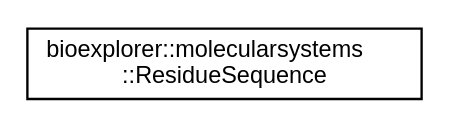
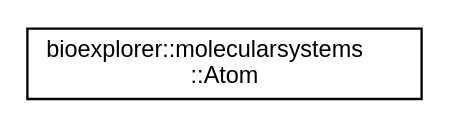
Before and after one commit to BlueBrain/BioExplorer: the diagram in docs/inherit_graph_85.dot, drawn with Graphviz. The commit also changed 1598 other files, not shown here.

```diff
--- a/docs/inherit_graph_85.dot
+++ b/docs/inherit_graph_85.dot
@@ -1,8 +1,8 @@
 digraph "Graphical Class Hierarchy"
 {
  // LATEX_PDF_SIZE
   edge [fontname="Helvetica",fontsize="10",labelfontname="Helvetica",labelfontsize="10"];
   node [fontname="Helvetica",fontsize="10",shape=record];
   rankdir="LR";
-  Node0 [label="bioexplorer::molecularsystems\l::ResidueSequence",height=0.2,width=0.4,color="black", fillcolor="white", style="filled",URL="$d0/df4/structbioexplorer_1_1molecularsystems_1_1ResidueSequence.html",tooltip="Sequence of residues."];
+  Node0 [label="bioexplorer::molecularsystems\l::Atom",height=0.2,width=0.4,color="black", fillcolor="white", style="filled",URL="$df/d73/structbioexplorer_1_1molecularsystems_1_1Atom.html",tooltip="Structure containing information about an atom, as stored in a PDB file."];
 }
```
